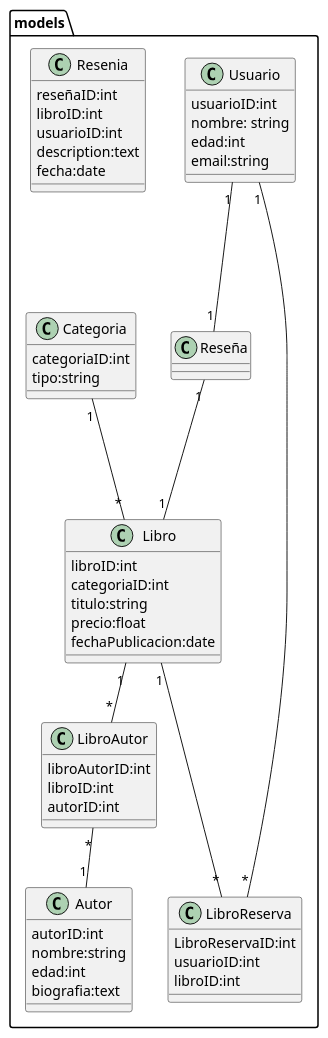
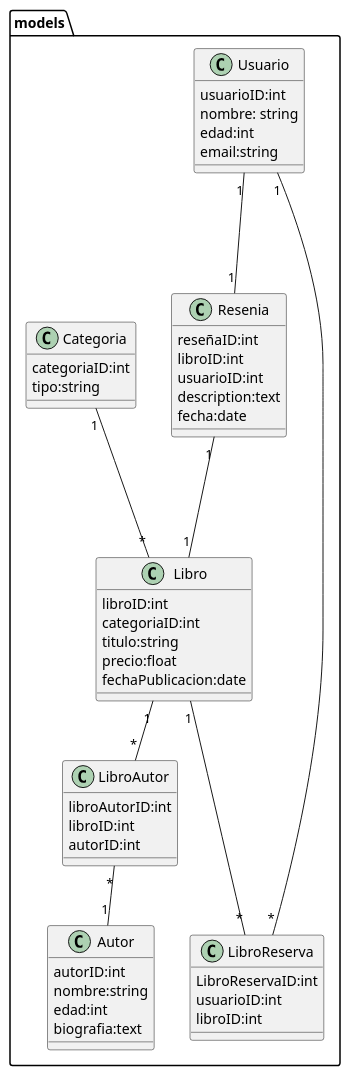
The diagram in plantuml/Examen.pu (TheBeatboxer/Examen_Tello_Efer), drawn with PlantUML before and after one commit. The commit also changed 1 other file, not shown here.

```diff
--- a/plantuml/Examen.pu
+++ b/plantuml/Examen.pu
@@ -1,61 +1,61 @@
 @startuml
     class models.Usuario{
         usuarioID:int
         nombre: string
         edad:int
         email:string
     }
 
     class models.Libro{
         libroID:int
         categoriaID:int
         titulo:string
         precio:float
         fechaPublicacion:date        
     }
 
 
     class models.Resenia{
         reseñaID:int
         libroID:int
         usuarioID:int
         description:text
         fecha:date
     }
 
     class models.Autor{
         autorID:int
         nombre:string
         edad:int
         biografia:text
     }
 
     class models.LibroAutor{
         libroAutorID:int
         libroID:int
         autorID:int
     }
 
     class models.Categoria{
         categoriaID:int
         tipo:string
     }
 
     class models.LibroReserva{
         LibroReservaID:int
         usuarioID:int
         libroID:int
     }
 
 
     models.LibroAutor "*"--"1" models.Autor
     models.Libro "1"--"*" models.LibroAutor
     models.Categoria "1"--- "*" models.Libro
-    models.Reseña "1"--- "1" models.Libro
-    models.Usuario "1"--- "1" models.Reseña
+    models.Resenia "1"--- "1" models.Libro
+    models.Usuario "1"--- "1" models.Resenia
 
     models.LibroReserva "*"--- "1" models.Usuario
     models.Libro "1"--- "*" models.LibroReserva
     
     
 @enduml
```
